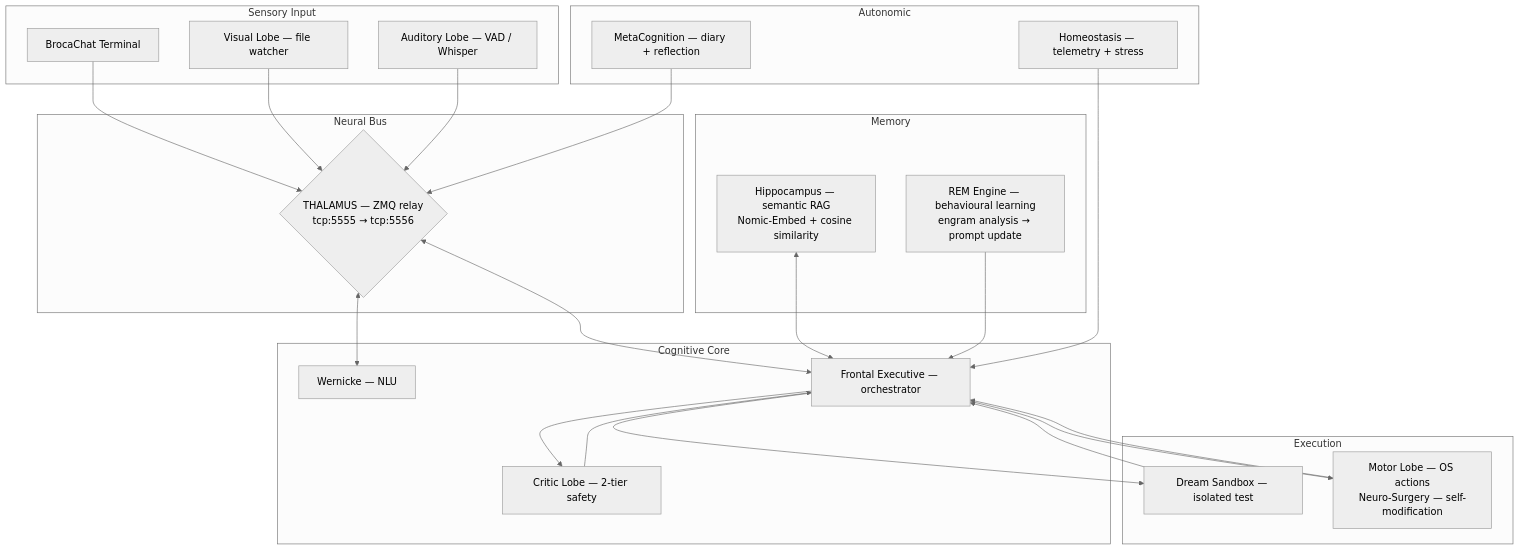
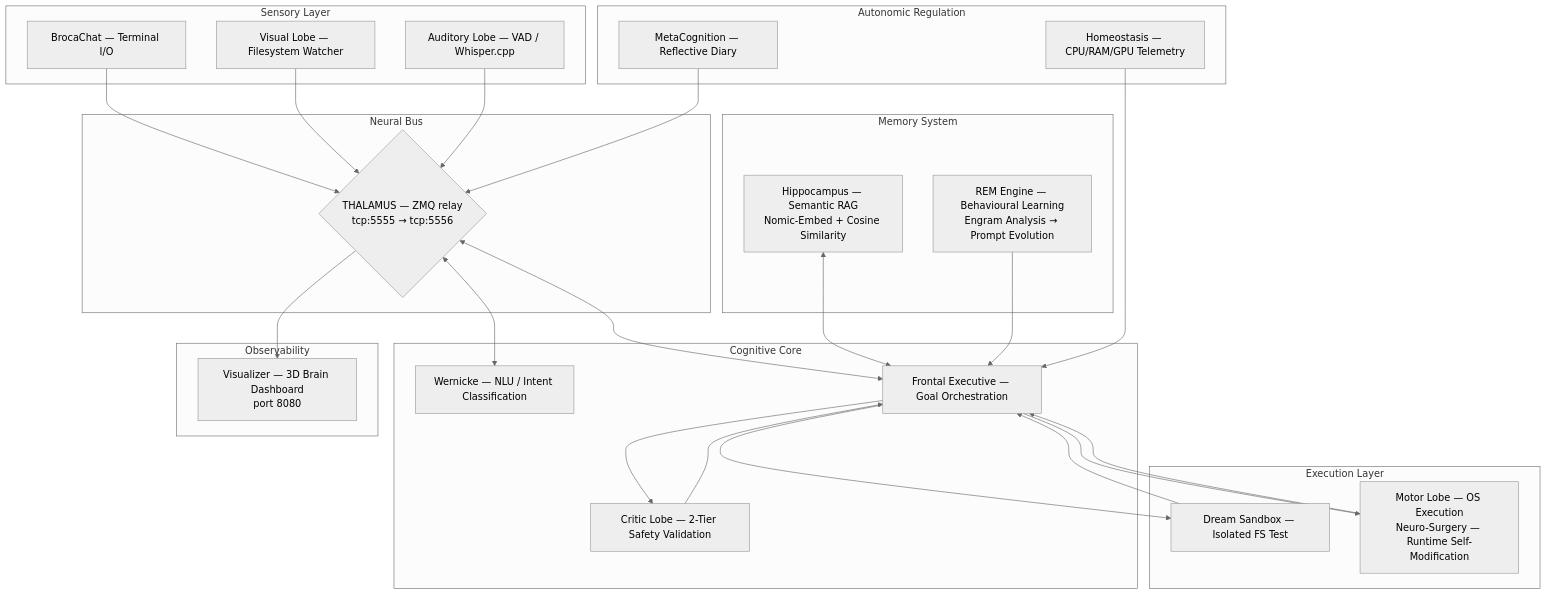
Before and after one commit to jpmlima/NeuroSwarm: the diagram in README.md, drawn with Mermaid (neutral theme). The commit also changed other lines of this file and 11 other files, not shown here.

````diff
--- a/README.md
+++ b/README.md
@@ -25,46 +40,51 @@
 ```mermaid
 graph TD
-    subgraph "Sensory Input"
-        UI[BrocaChat Terminal]
-        VL[Visual Lobe — file watcher]
-        AL[Auditory Lobe — VAD / Whisper]
+    subgraph "Sensory Layer"
+        UI[BrocaChat — Terminal I/O]
+        VL[Visual Lobe — Filesystem Watcher]
+        AL[Auditory Lobe — VAD / Whisper.cpp]
     end
 
     subgraph "Neural Bus"
         TH{THALAMUS — ZMQ relay\ntcp:5555 → tcp:5556}
     end
 
     subgraph "Cognitive Core"
-        WN[Wernicke — NLU]
-        FE[Frontal Executive — orchestrator]
-        CL[Critic Lobe — 2-tier safety]
+        WN[Wernicke — NLU / Intent Classification]
+        FE[Frontal Executive — Goal Orchestration]
+        CL[Critic Lobe — 2-Tier Safety Validation]
     end
 
-    subgraph "Memory"
-        HP[Hippocampus — semantic RAG\nNomic-Embed + cosine similarity]
-        REM[REM Engine — behavioural learning\nengram analysis → prompt update]
+    subgraph "Memory System"
+        HP[Hippocampus — Semantic RAG\nNomic-Embed + Cosine Similarity]
+        REM[REM Engine — Behavioural Learning\nEngram Analysis → Prompt Evolution]
     end
 
-    subgraph "Execution"
-        DS[Dream Sandbox — isolated test]
-        MT[Motor Lobe — OS actions\nNeuro-Surgery — self-modification]
+    subgraph "Execution Layer"
+        DS[Dream Sandbox — Isolated FS Test]
+        MT[Motor Lobe — OS Execution\nNeuro-Surgery — Runtime Self-Modification]
     end
 
-    subgraph "Autonomic"
-        HM[Homeostasis — telemetry + stress]
-        MC[MetaCognition — diary + reflection]
+    subgraph "Autonomic Regulation"
+        HM[Homeostasis — CPU/RAM/GPU Telemetry]
+        MC[MetaCognition — Reflective Diary]
+    end
+
+    subgraph "Observability"
+        VZ[Visualizer — 3D Brain Dashboard\nport 8080]
     end
 
     UI --> TH
     VL --> TH
     AL --> TH
     TH <--> WN
     TH <--> FE
     FE --> CL --> FE
     FE --> DS --> FE
     FE --> MT --> FE
     HP <--> FE
     REM --> FE
     HM --> FE
     MC --> TH
+    TH --> VZ
 ```
````
